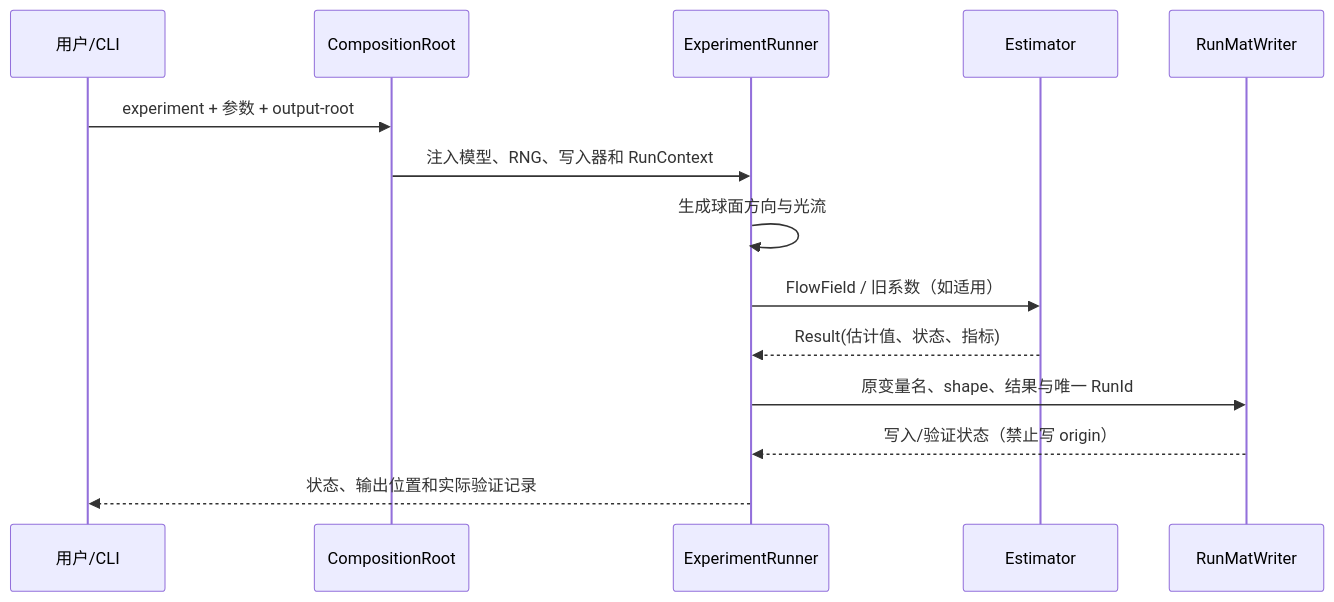
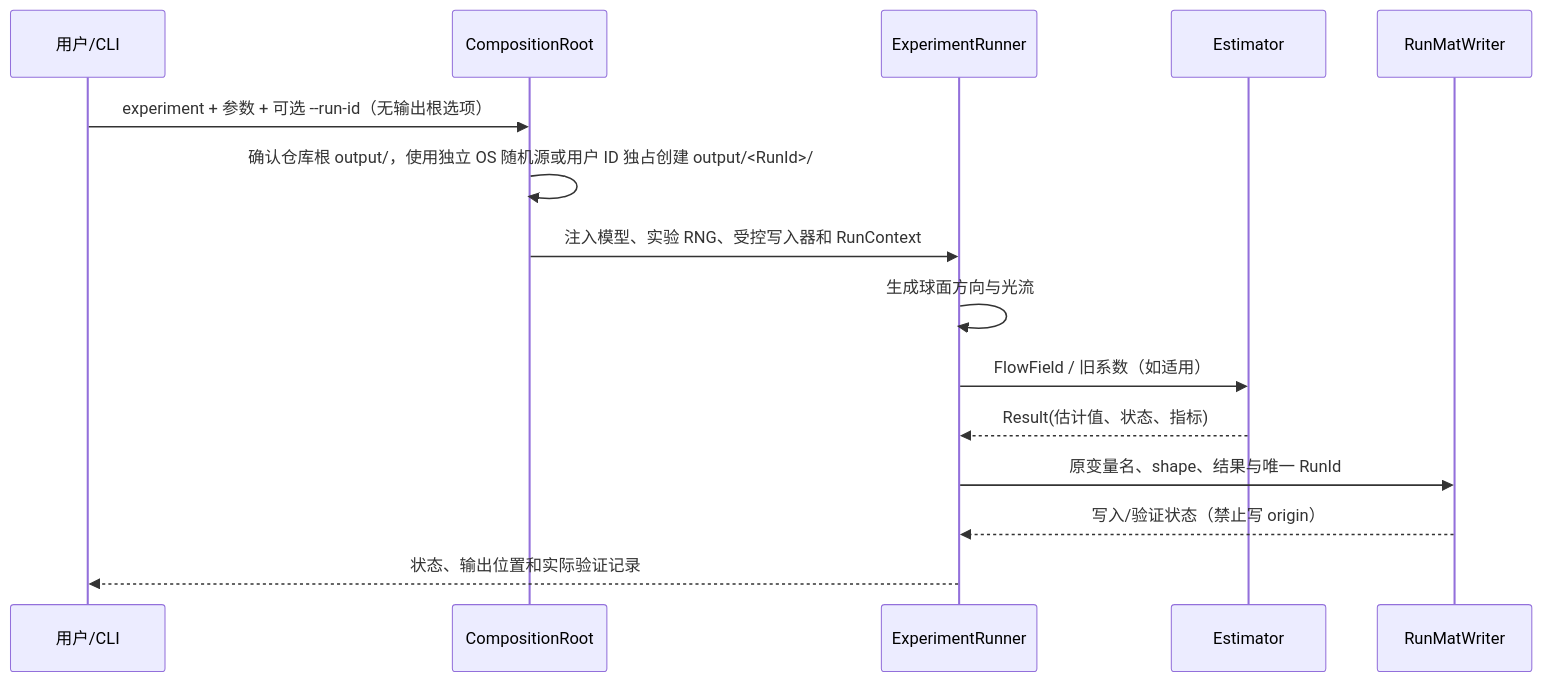
Before and after one commit to ncut-d1z/Egomotion-Estimation-with-Dense-Flow-Fields: the fourth of 5 diagrams in docs/ARCHITECTURE.md, drawn with Mermaid. The commit also changed other lines of this file, not shown here.

Commit message:
docs(review): reconcile HLD output/Eigen, CLI types, and DEC-004 provenance

````diff
--- a/docs/ARCHITECTURE.md
+++ b/docs/ARCHITECTURE.md
@@ -181,16 +181,17 @@
 ```mermaid
 sequenceDiagram
   participant User as 用户/CLI
   participant Root as CompositionRoot
   participant Run as ExperimentRunner
   participant Solver as Estimator
   participant Writer as RunMatWriter
-  User->>Root: experiment + 参数 + output-root
-  Root->>Run: 注入模型、RNG、写入器和 RunContext
+  User->>Root: experiment + 参数 + 可选 --run-id（无输出根选项）
+  Root->>Root: 确认仓库根 output/，使用独立 OS 随机源或用户 ID 独占创建 output/<RunId>/
+  Root->>Run: 注入模型、实验 RNG、受控写入器和 RunContext
   Run->>Run: 生成球面方向与光流
   Run->>Solver: FlowField / 旧系数（如适用）
   Solver-->>Run: Result(估计值、状态、指标)
   Run->>Writer: 原变量名、shape、结果与唯一 RunId
   Writer-->>Run: 写入/验证状态（禁止写 origin）
   Run-->>User: 状态、输出位置和实际验证记录
 ```
````
